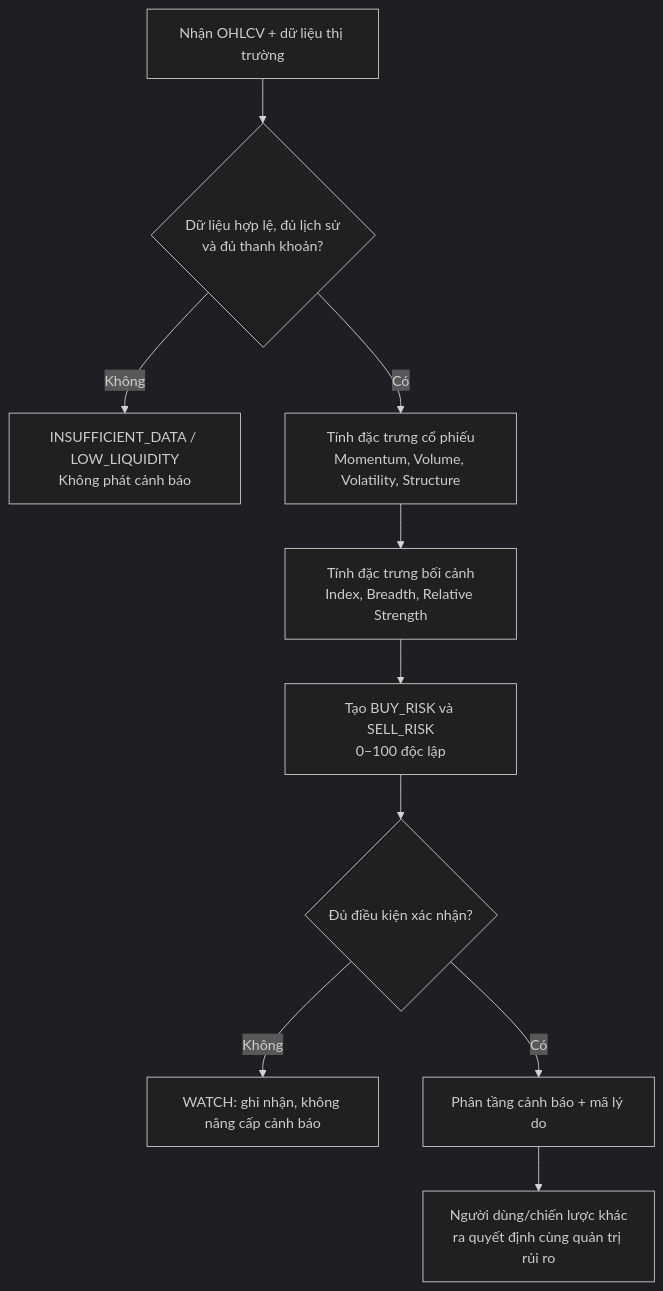
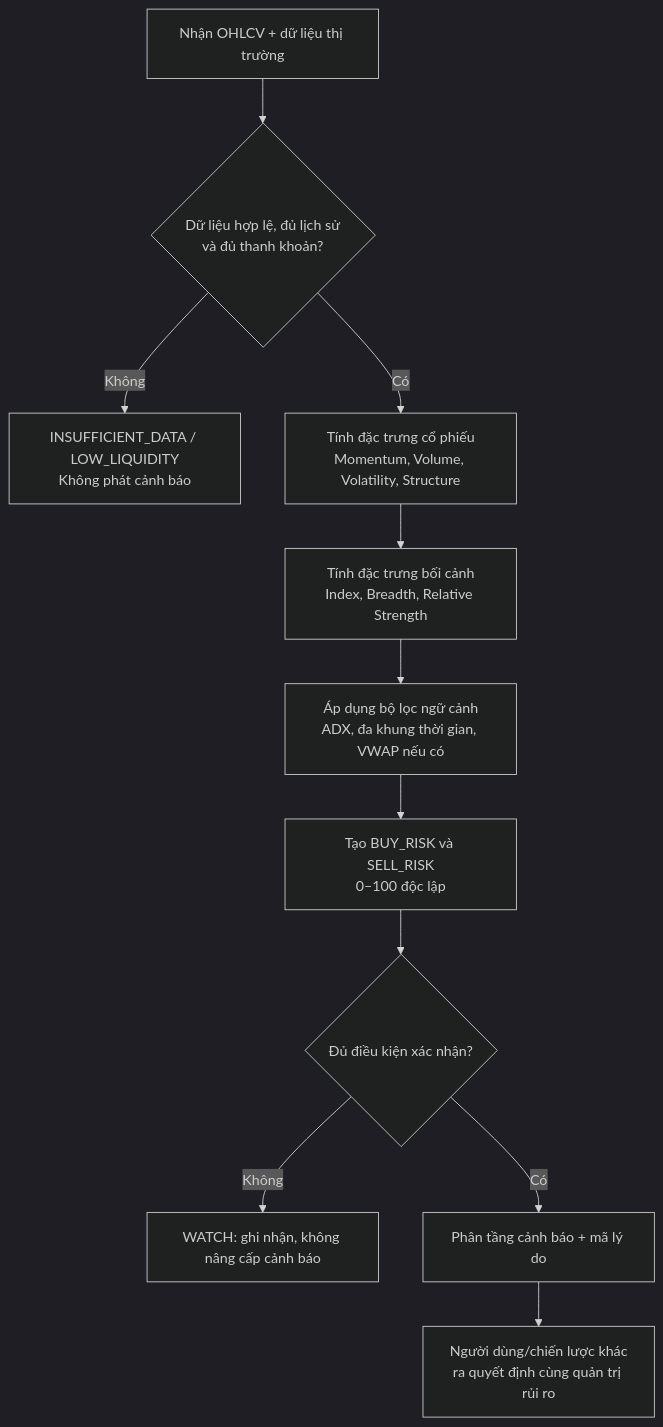
The diagram in docs/finance_analysis/high-rist_trading_point.md (HuynhTri-dev/finance-analysis), drawn with Mermaid (dark theme) before and after one commit. The commit also changed other lines of this file and 8 other files, not shown here.

````diff
--- a/docs/finance_analysis/high-rist_trading_point.md
+++ b/docs/finance_analysis/high-rist_trading_point.md
@@ -37,12 +37,13 @@
 ```mermaid
 flowchart TD
     A[Nhận OHLCV + dữ liệu thị trường] --> B{Dữ liệu hợp lệ, đủ lịch sử\nvà đủ thanh khoản?}
     B -- Không --> X[INSUFFICIENT_DATA / LOW_LIQUIDITY\nKhông phát cảnh báo]
     B -- Có --> C[Tính đặc trưng cổ phiếu\nMomentum, Volume, Volatility, Structure]
     C --> D[Tính đặc trưng bối cảnh\nIndex, Breadth, Relative Strength]
-    D --> E[Tạo BUY_RISK và SELL_RISK\n0–100 độc lập]
-    E --> F{Đủ điều kiện xác nhận?}
-    F -- Không --> G[WATCH: ghi nhận, không nâng cấp cảnh báo]
-    F -- Có --> H[Phân tầng cảnh báo + mã lý do]
-    H --> I[Người dùng/chiến lược khác\nra quyết định cùng quản trị rủi ro]
+    D --> E[Áp dụng bộ lọc ngữ cảnh\nADX, đa khung thời gian, VWAP nếu có]
+    E --> F[Tạo BUY_RISK và SELL_RISK\n0–100 độc lập]
+    F --> G{Đủ điều kiện xác nhận?}
+    G -- Không --> H[WATCH: ghi nhận, không nâng cấp cảnh báo]
+    G -- Có --> I[Phân tầng cảnh báo + mã lý do]
+    I --> J[Người dùng/chiến lược khác\nra quyết định cùng quản trị rủi ro]
 ```
````
